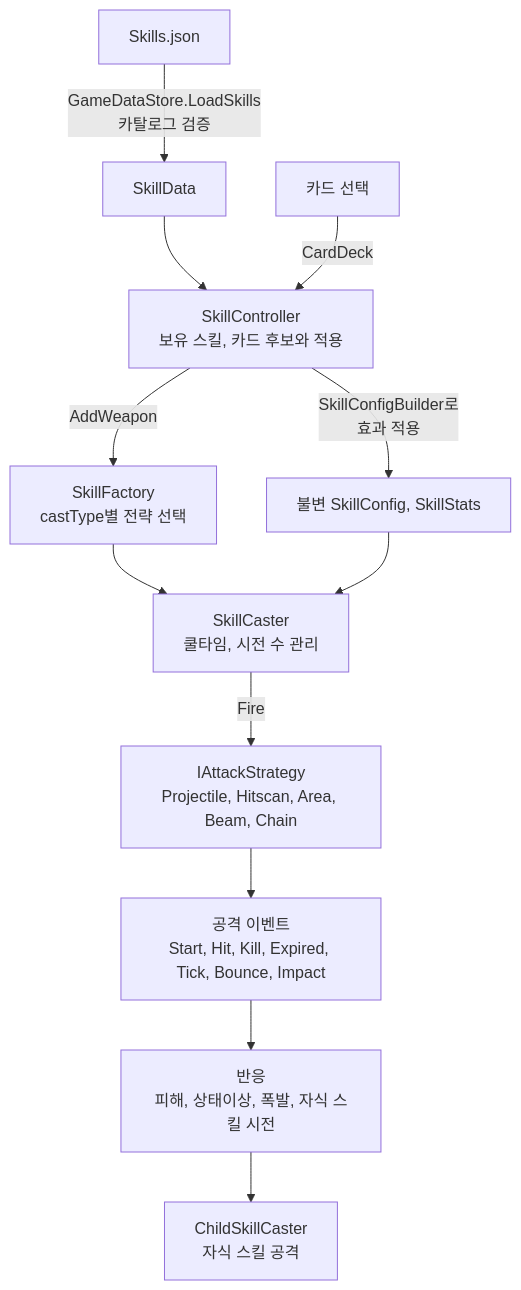
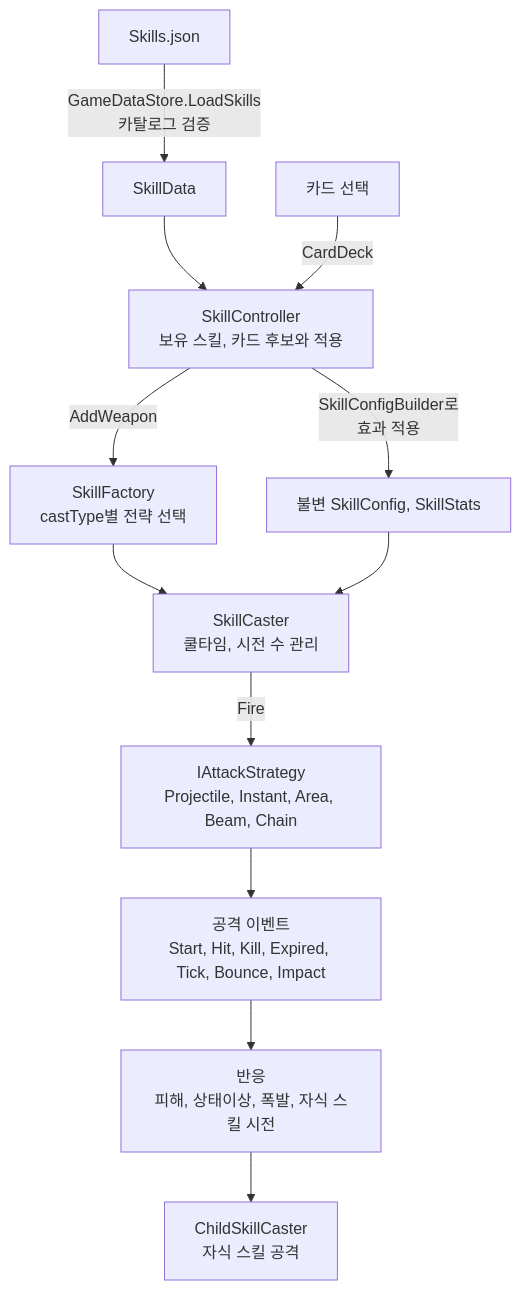
One commit to Sparta-fourTeam/client changed the diagram in docs/skills.md. Above: the diagram before and after it, drawn with Mermaid. The commit also changed other lines of this file and 62 other files, not shown here.

````diff
--- a/docs/skills.md
+++ b/docs/skills.md
@@ -14,14 +14,14 @@
 ```mermaid
 flowchart TD
     J[Skills.json] -->|GameDataStore.LoadSkills<br/>카탈로그 검증| D[SkillData]
     D --> C[SkillController<br/>보유 스킬, 카드 후보와 적용]
     C -->|AddWeapon| F[SkillFactory<br/>castType별 전략 선택]
     F --> S[SkillCaster<br/>쿨타임, 시전 수 관리]
-    S -->|Fire| A[IAttackStrategy<br/>Projectile, Hitscan, Area, Beam, Chain]
+    S -->|Fire| A[IAttackStrategy<br/>Projectile, Instant, Area, Beam, Chain]
     A --> E[공격 이벤트<br/>Start, Hit, Kill, Expired, Tick, Bounce, Impact]
     E --> R[반응<br/>피해, 상태이상, 폭발, 자식 스킬 시전]
     R --> K[ChildSkillCaster<br/>자식 스킬 공격]
     U[카드 선택] -->|CardDeck| C
     C -->|SkillConfigBuilder로<br/>효과 적용| CFG[불변 SkillConfig, SkillStats]
     CFG --> S
 ```
````
